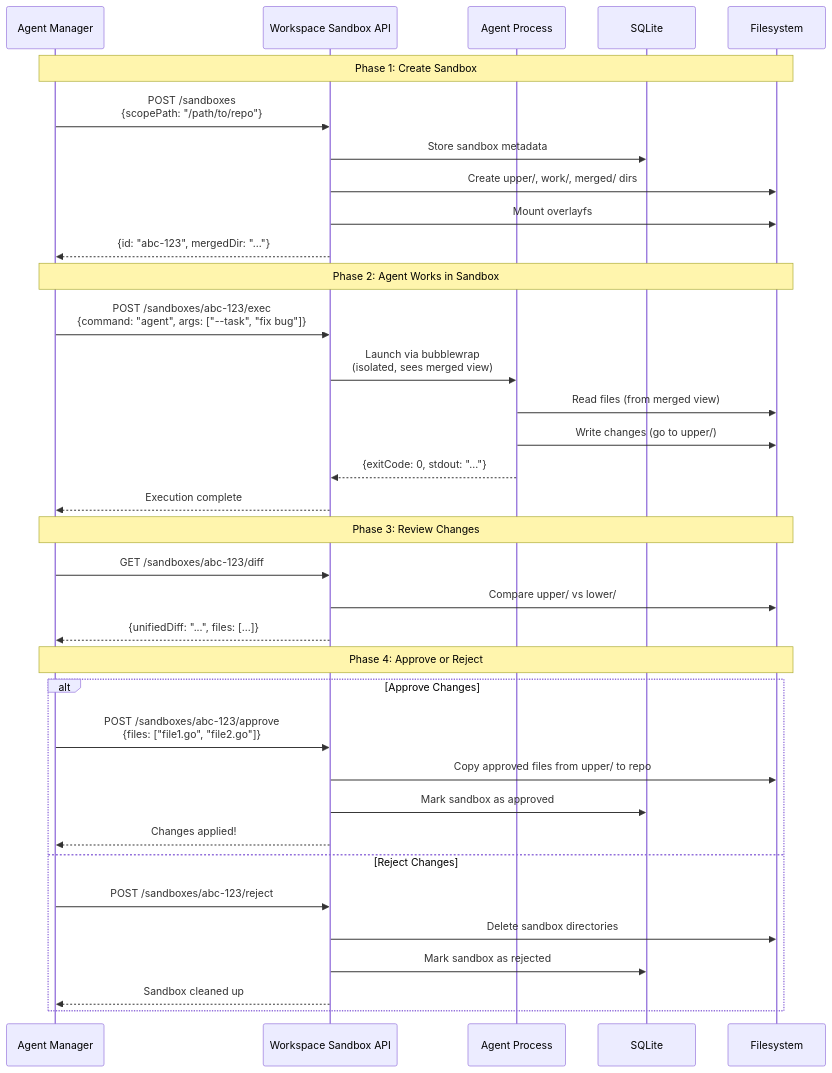
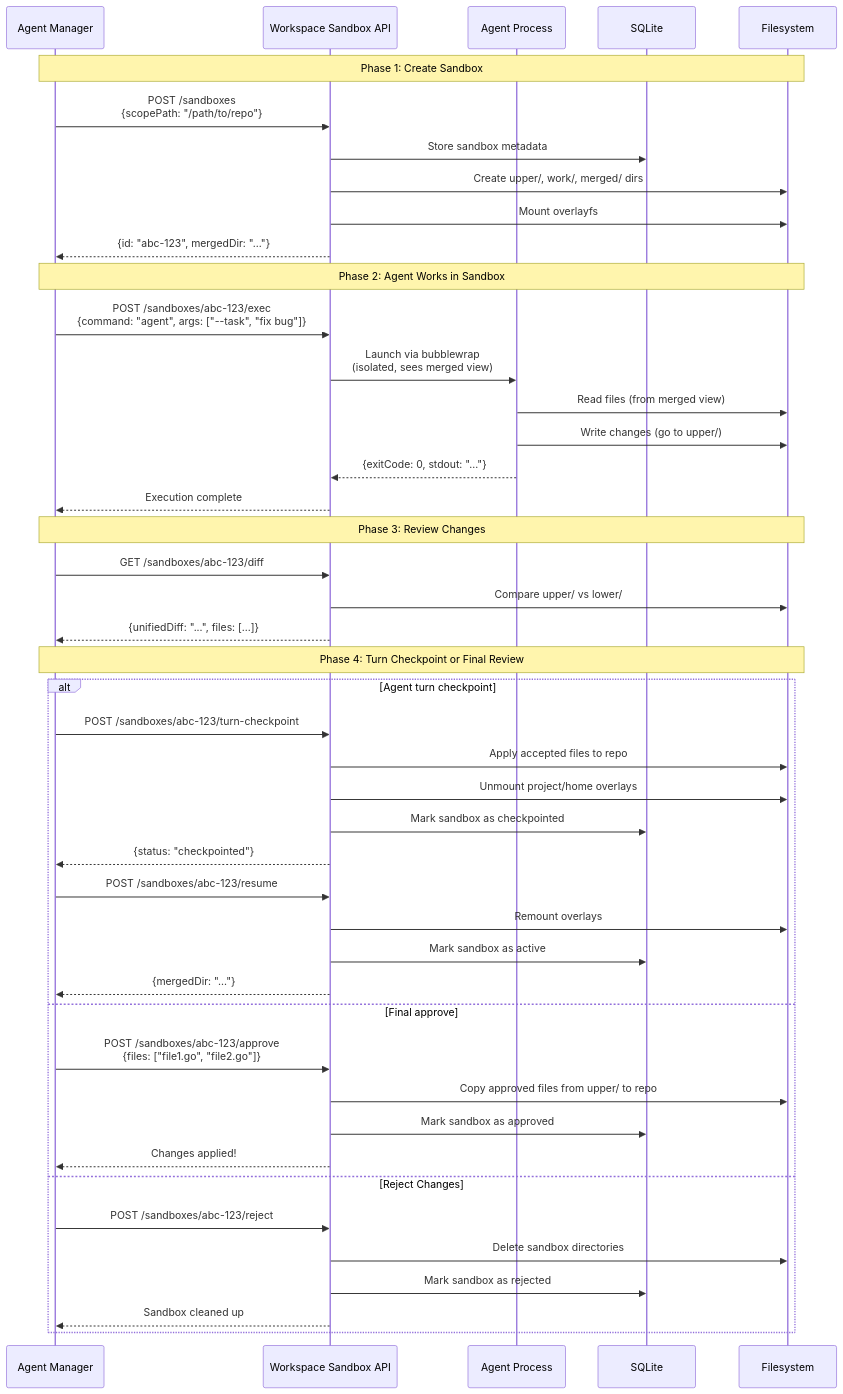
One commit to Vrooli/Vrooli changed the fifth of 8 diagrams in scenarios/workspace-sandbox/docs/ARCHITECTURE.md. Above: the diagram before and after it, drawn with Mermaid. The commit also changed other lines of this file and 47 other files, not shown here.

````diff
--- a/scenarios/workspace-sandbox/docs/ARCHITECTURE.md
+++ b/scenarios/workspace-sandbox/docs/ARCHITECTURE.md
@@ -258,41 +258,51 @@
 ```mermaid
 sequenceDiagram
     participant AM as Agent Manager
     participant API as Workspace Sandbox API
     participant Agent as Agent Process
     participant DB as SQLite
     participant FS as Filesystem
 
     Note over AM,FS: Phase 1: Create Sandbox
     AM->>API: POST /sandboxes<br/>{scopePath: "/path/to/repo"}
     API->>DB: Store sandbox metadata
     API->>FS: Create upper/, work/, merged/ dirs
     API->>FS: Mount overlayfs
     API-->>AM: {id: "abc-123", mergedDir: "..."}
 
     Note over AM,FS: Phase 2: Agent Works in Sandbox
     AM->>API: POST /sandboxes/abc-123/exec<br/>{command: "agent", args: ["--task", "fix bug"]}
     API->>Agent: Launch via bubblewrap<br/>(isolated, sees merged view)
     Agent->>FS: Read files (from merged view)
     Agent->>FS: Write changes (go to upper/)
     Agent-->>API: {exitCode: 0, stdout: "..."}
     API-->>AM: Execution complete
 
     Note over AM,FS: Phase 3: Review Changes
     AM->>API: GET /sandboxes/abc-123/diff
     API->>FS: Compare upper/ vs lower/
     API-->>AM: {unifiedDiff: "...", files: [...]}
 
-    Note over AM,FS: Phase 4: Approve or Reject
-    alt Approve Changes
+    Note over AM,FS: Phase 4: Turn Checkpoint or Final Review
+    alt Agent turn checkpoint
+        AM->>API: POST /sandboxes/abc-123/turn-checkpoint
+        API->>FS: Apply accepted files to repo
+        API->>FS: Unmount project/home overlays
+        API->>DB: Mark sandbox as checkpointed
+        API-->>AM: {status: "checkpointed"}
+        AM->>API: POST /sandboxes/abc-123/resume
+        API->>FS: Remount overlays
+        API->>DB: Mark sandbox as active
+        API-->>AM: {mergedDir: "..."}
+    else Final approve
         AM->>API: POST /sandboxes/abc-123/approve<br/>{files: ["file1.go", "file2.go"]}
         API->>FS: Copy approved files from upper/ to repo
         API->>DB: Mark sandbox as approved
         API-->>AM: Changes applied!
     else Reject Changes
         AM->>API: POST /sandboxes/abc-123/reject
         API->>FS: Delete sandbox directories
         API->>DB: Mark sandbox as rejected
         API-->>AM: Sandbox cleaned up
     end
 ```
````
